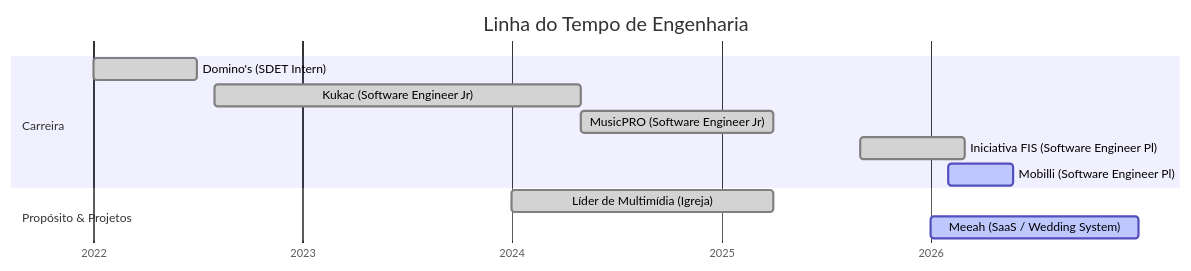
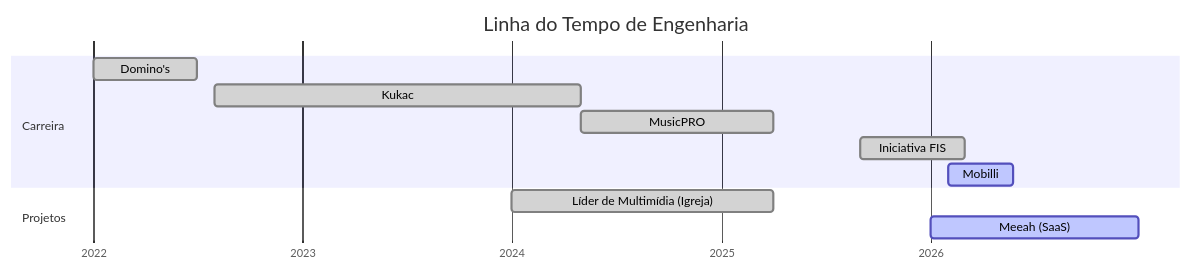
Before and after one commit to devgustavovasquez/devgustavovasquez: the diagram in README.md, drawn with Mermaid. The commit also changed other lines of this file, not shown here.

Commit message:
docs: refine career labels and technical details

````diff
--- a/README.md
+++ b/README.md
@@ -6,17 +6,17 @@
 ```mermaid
 gantt
     dateFormat  YYYY-MM-DD
     title Linha do Tempo de Engenharia
     axisFormat %Y
 
     section Carreira
-    Domino's (SDET Intern)             :done, 2022-01-01, 2022-07-01
-    Kukac (Software Engineer Jr)        :done, 2022-08-01, 2024-05-01
-    MusicPRO (Software Engineer Jr)     :done, 2024-05-01, 2025-04-01
-    Iniciativa FIS (Software Engineer Pl):done, 2025-09-01, 2026-03-01
-    Mobilli (Software Engineer Pl)      :active, 2026-02-01, 2026-05-26
+    Domino's                            :done, 2022-01-01, 2022-07-01
+    Kukac                               :done, 2022-08-01, 2024-05-01
+    MusicPRO                            :done, 2024-05-01, 2025-04-01
+    Iniciativa FIS                      :done, 2025-09-01, 2026-03-01
+    Mobilli                             :active, 2026-02-01, 2026-05-26
 
-    section Propósito & Projetos
+    section Projetos
     Líder de Multimídia (Igreja)        :done, 2024-01-01, 2025-04-01
-    Meeah (SaaS / Wedding System)       :active, 2026-01-01, 2026-12-30
+    Meeah (SaaS)                        :active, 2026-01-01, 2026-12-30
 ```
````
